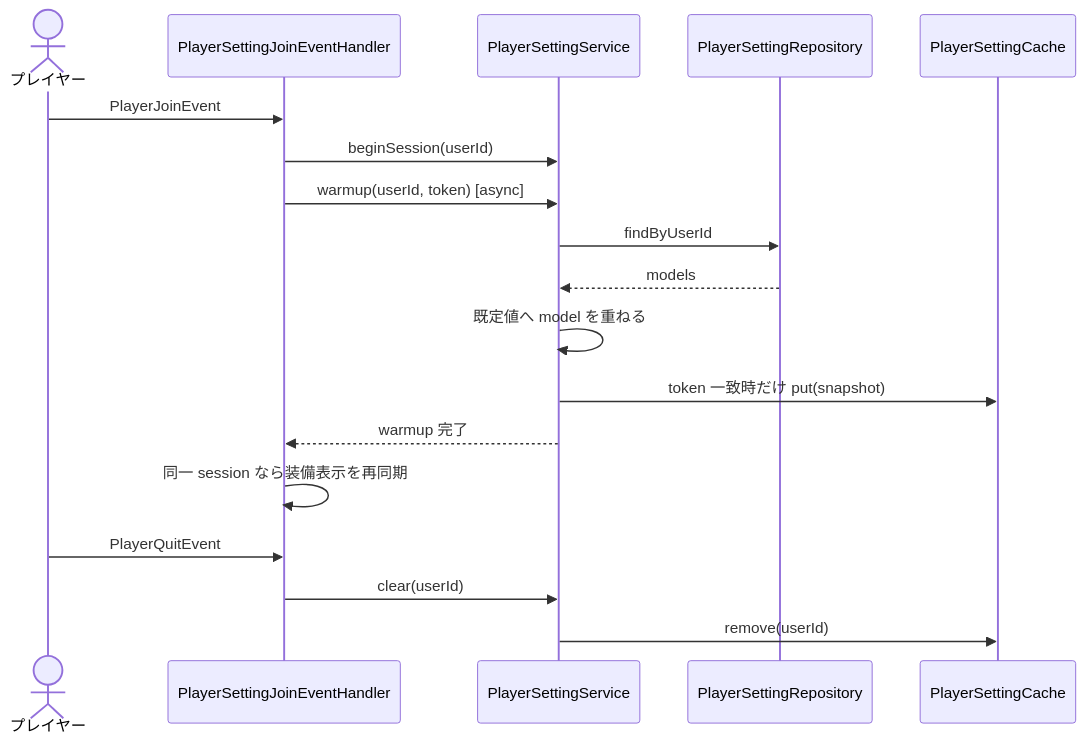
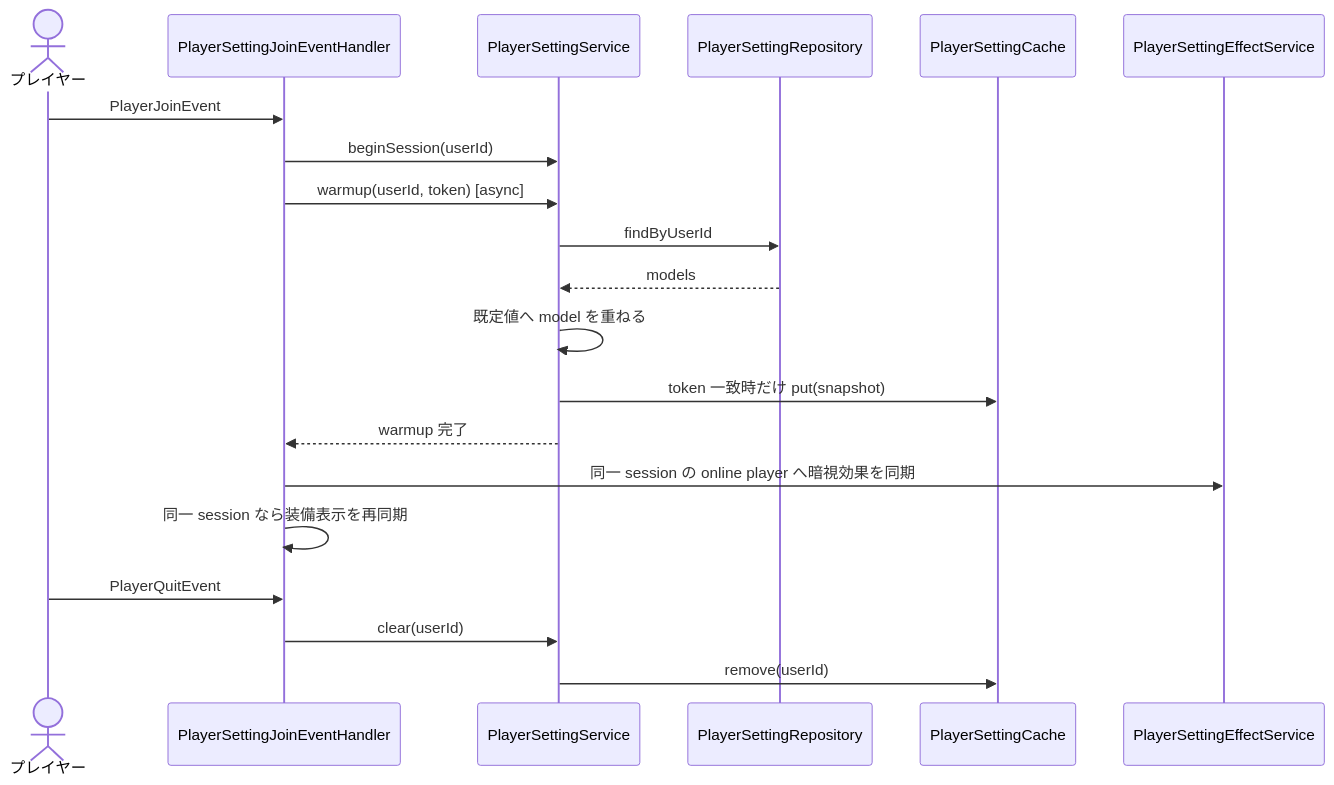
The first of 3 diagrams in 00_docs/10_Plugin設計書/feature/11-player-setting/11_4-統合フロー.md (maaasu/AstralRecord-Workspace), drawn with Mermaid before and after one commit. The commit also changed other lines of this file and 20 other files, not shown here.

````diff
--- a/00_docs/10_Plugin設計書/feature/11-player-setting/11_4-統合フロー.md
+++ b/00_docs/10_Plugin設計書/feature/11-player-setting/11_4-統合フロー.md
@@ -7,21 +7,23 @@
 ```mermaid
 sequenceDiagram
     actor Player as プレイヤー
     participant Event as PlayerSettingJoinEventHandler
     participant Service as PlayerSettingService
     participant Repo as PlayerSettingRepository
     participant Cache as PlayerSettingCache
+    participant Effect as PlayerSettingEffectService
 
     Player->>Event: PlayerJoinEvent
     Event->>Service: beginSession(userId)
     Event->>Service: warmup(userId, token) [async]
     Service->>Repo: findByUserId
     Repo-->>Service: models
     Service->>Service: 既定値へ model を重ねる
     Service->>Cache: token 一致時だけ put(snapshot)
     Service-->>Event: warmup 完了
+    Event->>Effect: 同一 session の online player へ暗視効果を同期
     Event->>Event: 同一 session なら装備表示を再同期
     Player->>Event: PlayerQuitEvent
     Event->>Service: clear(userId)
     Service->>Cache: remove(userId)
 ```
````
